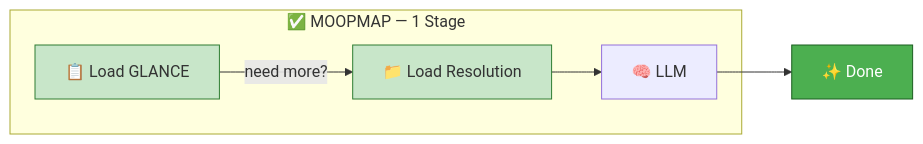
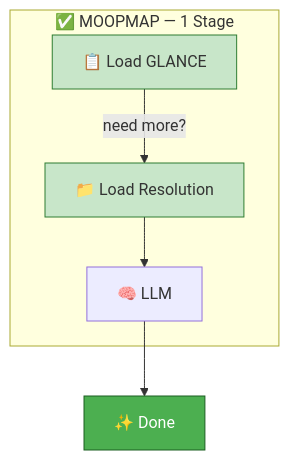
Before and after one commit to SimHacker/moollm: the third of 3 diagrams in designs/MOOPMAP.md, drawn with Mermaid. The commit also changed other lines of this file, not shown here.

Commit message:
style: Make RAG/MOOPMAP diagrams vertical for scrolling

````diff
--- a/designs/MOOPMAP.md
+++ b/designs/MOOPMAP.md
@@ -74,13 +77,16 @@
 ```mermaid
-graph LR
+graph TB
     subgraph MOOPMAP["✅ MOOPMAP — 1 Stage"]
-        G["📋 Load GLANCE"] -->|"need more?"| M["📁 Load Resolution"]
-        M --> L["🧠 LLM"]
+        G["📋 Load GLANCE"]
+        M["📁 Load Resolution"]
+        L["🧠 LLM"]
+        
+        G -->|"need more?"| M --> L
     end
     
     L --> OK["✨ Done"]
     
     style G fill:#c8e6c9,stroke:#2e7d32
     style M fill:#c8e6c9,stroke:#2e7d32
     style OK fill:#4caf50,stroke:#1b5e20,color:#fff
 ```
````
